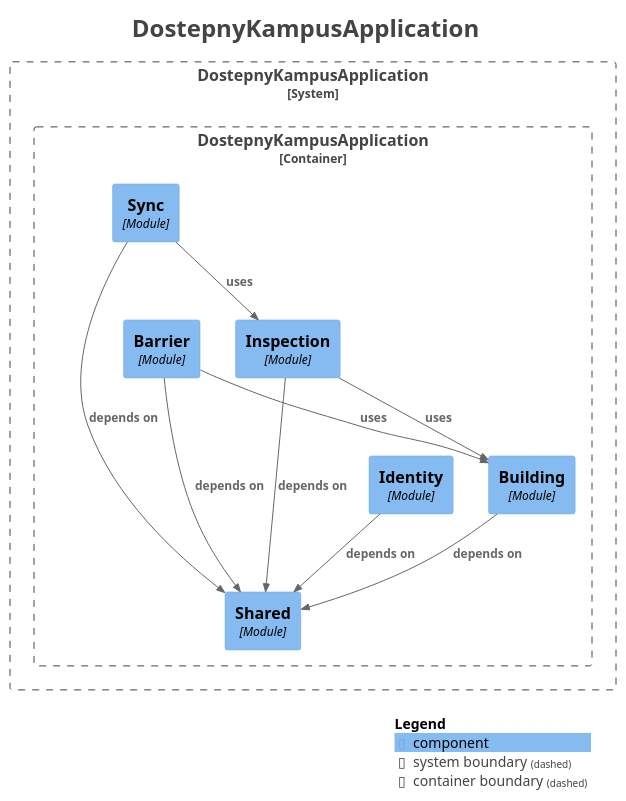
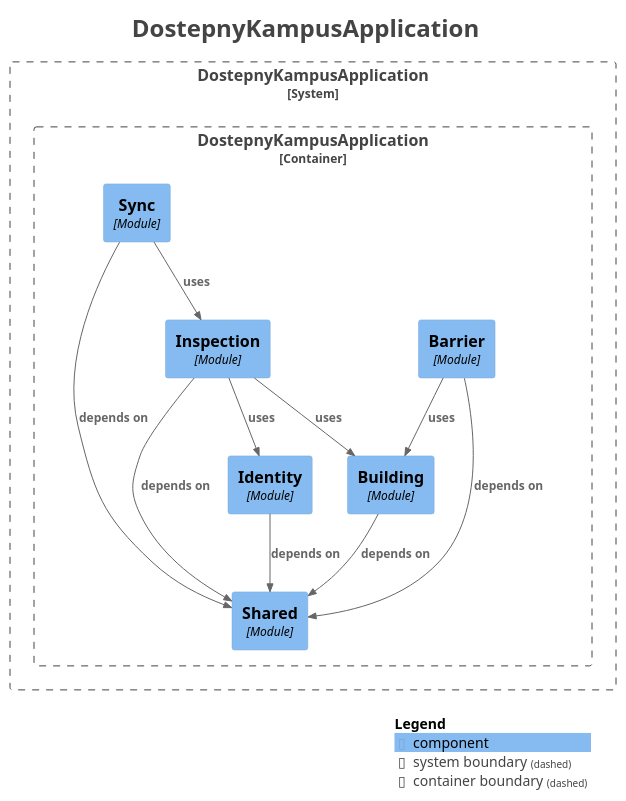
The diagram in docs/docs/architektura/moduly-serwera.iuml (dostepny-kampus/dostepny-kampus), drawn with PlantUML before and after one commit. The commit also changed 9 other files, not shown here.

```diff
--- a/docs/docs/architektura/moduly-serwera.iuml
+++ b/docs/docs/architektura/moduly-serwera.iuml
@@ -1,41 +1,42 @@
 @startuml
 title <size:24>DostepnyKampusApplication</size>
 
 set separator none
 top to bottom direction
 
 <style>
   root {
     BackgroundColor: #ffffff
     FontColor: #444444
   }
 </style>
 
 !include <C4/C4>
 !include <C4/C4_Context>
 !include <C4/C4_Component>
 
 System_Boundary("DostepnyKampusApplication_boundary", "DostepnyKampusApplication", $tags="") {
   Container_Boundary("DostepnyKampusApplication.DostepnyKampusApplication_boundary", "DostepnyKampusApplication", $tags="") {
     Component(DostepnyKampusApplication.DostepnyKampusApplication.Shared, "Shared", $techn="Module", $descr="", $tags="", $link="")
     Component(DostepnyKampusApplication.DostepnyKampusApplication.Building, "Building", $techn="Module", $descr="", $tags="", $link="")
     Component(DostepnyKampusApplication.DostepnyKampusApplication.Barrier, "Barrier", $techn="Module", $descr="", $tags="", $link="")
     Component(DostepnyKampusApplication.DostepnyKampusApplication.Identity, "Identity", $techn="Module", $descr="", $tags="", $link="")
     Component(DostepnyKampusApplication.DostepnyKampusApplication.Inspection, "Inspection", $techn="Module", $descr="", $tags="", $link="")
     Component(DostepnyKampusApplication.DostepnyKampusApplication.Sync, "Sync", $techn="Module", $descr="", $tags="", $link="")
   }
 
 }
 
 Rel(DostepnyKampusApplication.DostepnyKampusApplication.Building, DostepnyKampusApplication.DostepnyKampusApplication.Shared, "depends on", $techn="", $tags="", $link="")
 Rel(DostepnyKampusApplication.DostepnyKampusApplication.Barrier, DostepnyKampusApplication.DostepnyKampusApplication.Shared, "depends on", $techn="", $tags="", $link="")
 Rel(DostepnyKampusApplication.DostepnyKampusApplication.Barrier, DostepnyKampusApplication.DostepnyKampusApplication.Building, "uses", $techn="", $tags="", $link="")
 Rel(DostepnyKampusApplication.DostepnyKampusApplication.Identity, DostepnyKampusApplication.DostepnyKampusApplication.Shared, "depends on", $techn="", $tags="", $link="")
 Rel(DostepnyKampusApplication.DostepnyKampusApplication.Inspection, DostepnyKampusApplication.DostepnyKampusApplication.Shared, "depends on", $techn="", $tags="", $link="")
 Rel(DostepnyKampusApplication.DostepnyKampusApplication.Inspection, DostepnyKampusApplication.DostepnyKampusApplication.Building, "uses", $techn="", $tags="", $link="")
 Rel(DostepnyKampusApplication.DostepnyKampusApplication.Sync, DostepnyKampusApplication.DostepnyKampusApplication.Shared, "depends on", $techn="", $tags="", $link="")
 Rel(DostepnyKampusApplication.DostepnyKampusApplication.Sync, DostepnyKampusApplication.DostepnyKampusApplication.Inspection, "uses", $techn="", $tags="", $link="")
+Rel(DostepnyKampusApplication.DostepnyKampusApplication.Inspection, DostepnyKampusApplication.DostepnyKampusApplication.Identity, "uses", $techn="", $tags="", $link="")
 
 SHOW_LEGEND(true)
 hide stereotypes
 @enduml
```
